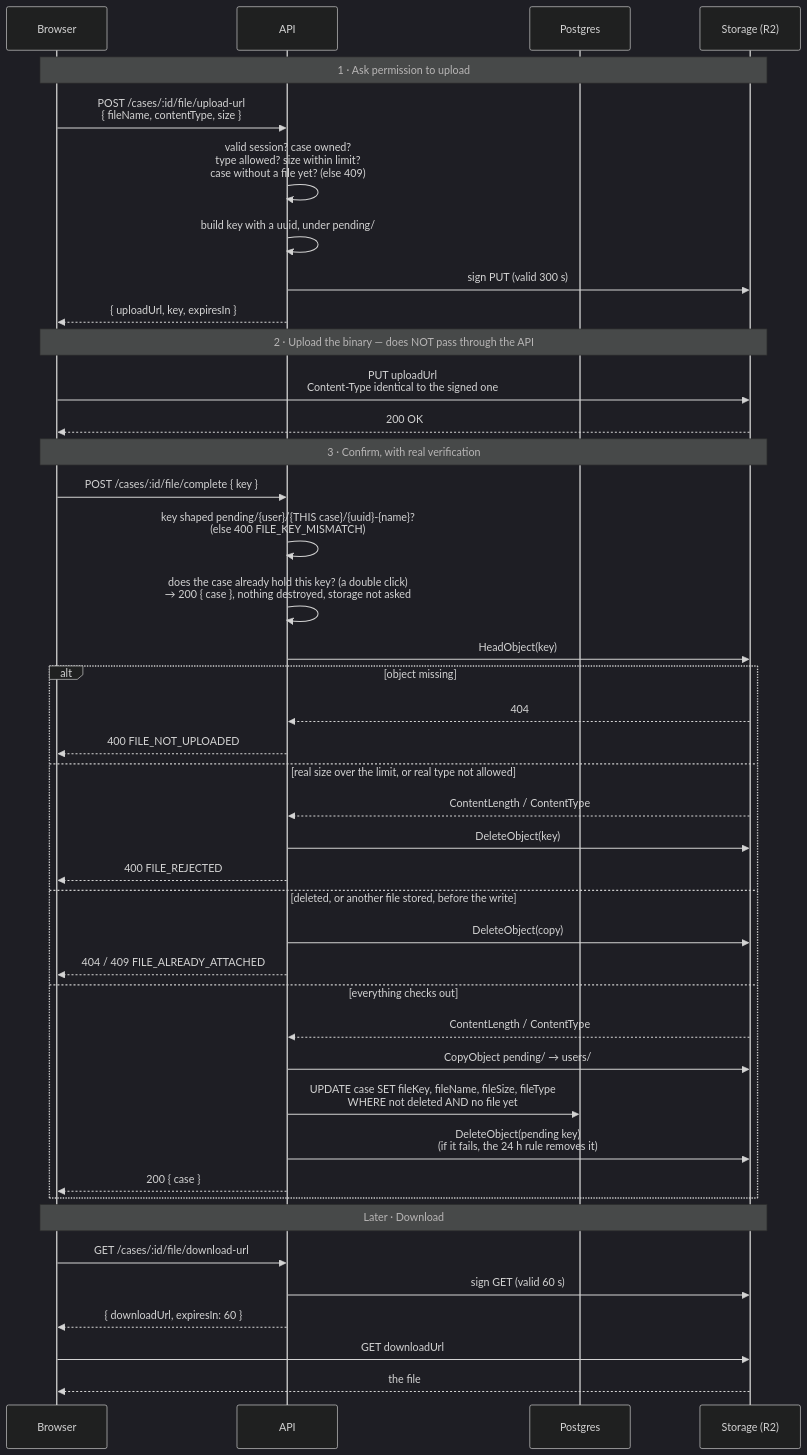
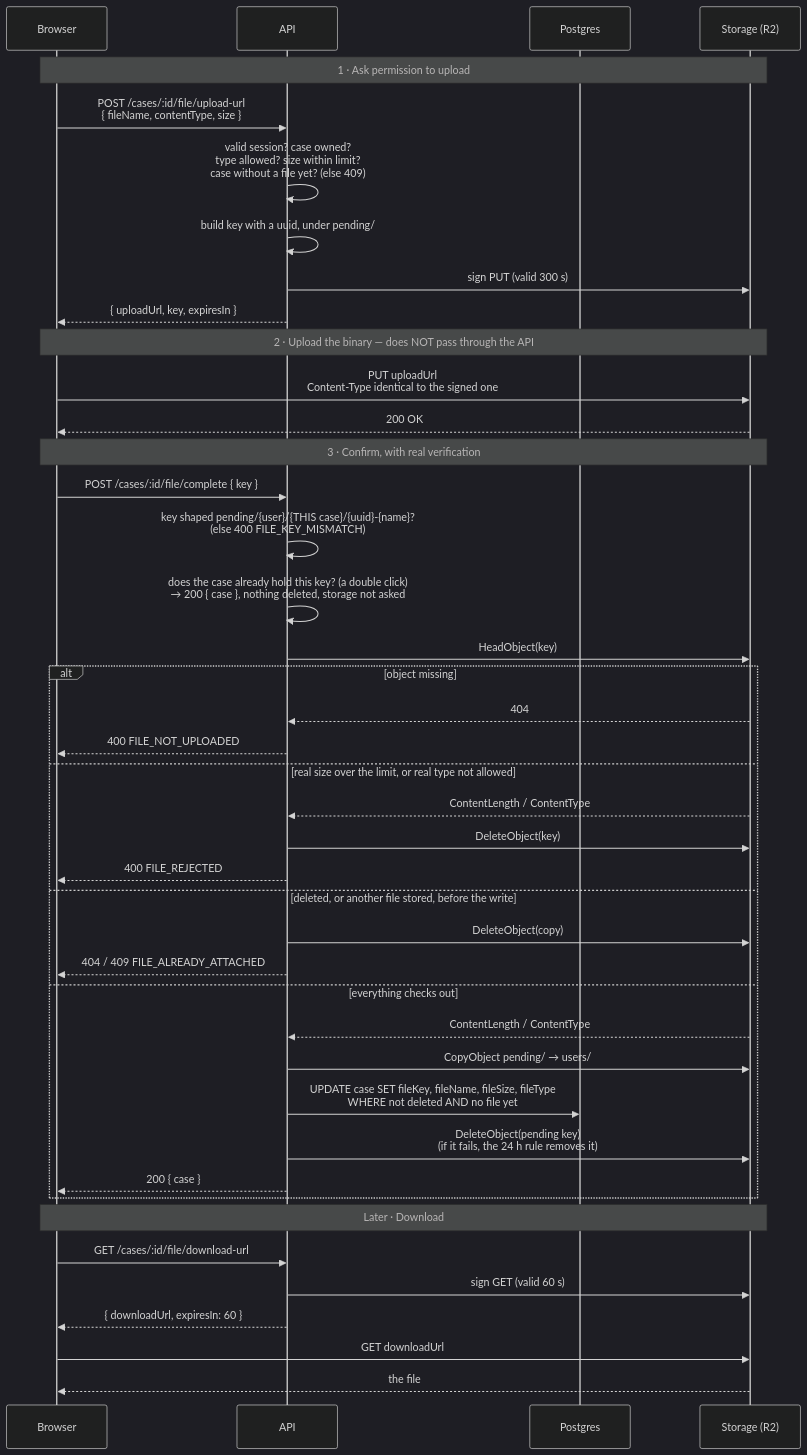
Before and after one commit to VaneeRivass/evidence-manager-api: the third of 3 diagrams in docs/requirements.md, drawn with Mermaid (dark theme). The commit also changed other lines of this file and 8 other files, not shown here.

First line of the commit message:
refactor(files): say "delete from storage" instead of "destroy", and type what checkUploadKey adds

````diff
--- a/docs/requirements.md
+++ b/docs/requirements.md
@@ -295,48 +295,48 @@
 ```mermaid
 sequenceDiagram
     participant B as Browser
     participant A as API
     participant D as Postgres
     participant S as Storage (R2)
 
     Note over B,S: 1 · Ask permission to upload
     B->>A: POST /cases/:id/file/upload-url<br/>{ fileName, contentType, size }
     A->>A: valid session? case owned?<br/>type allowed? size within limit?<br/>case without a file yet? (else 409)
     A->>A: build key with a uuid, under pending/
     A->>S: sign PUT (valid 300 s)
     A-->>B: { uploadUrl, key, expiresIn }
 
     Note over B,S: 2 · Upload the binary — does NOT pass through the API
     B->>S: PUT uploadUrl<br/>Content-Type identical to the signed one
     S-->>B: 200 OK
 
     Note over B,S: 3 · Confirm, with real verification
     B->>A: POST /cases/:id/file/complete { key }
     A->>A: key shaped pending/{user}/{THIS case}/{uuid}-{name}?<br/>(else 400 FILE_KEY_MISMATCH)
-    A->>A: does the case already hold this key? (a double click)<br/>→ 200 { case }, nothing destroyed, storage not asked
+    A->>A: does the case already hold this key? (a double click)<br/>→ 200 { case }, nothing deleted, storage not asked
     A->>S: HeadObject(key)
     alt object missing
         S-->>A: 404
         A-->>B: 400 FILE_NOT_UPLOADED
     else real size over the limit, or real type not allowed
         S-->>A: ContentLength / ContentType
         A->>S: DeleteObject(key)
         A-->>B: 400 FILE_REJECTED
     else deleted, or another file stored, before the write
         A->>S: DeleteObject(copy)
         A-->>B: 404 / 409 FILE_ALREADY_ATTACHED
     else everything checks out
         S-->>A: ContentLength / ContentType
         A->>S: CopyObject pending/ → users/
         A->>D: UPDATE case SET fileKey, fileName, fileSize, fileType<br/>WHERE not deleted AND no file yet
         A->>S: DeleteObject(pending key)<br/>(if it fails, the 24 h rule removes it)
         A-->>B: 200 { case }
     end
 
     Note over B,S: Later · Download
     B->>A: GET /cases/:id/file/download-url
     A->>S: sign GET (valid 60 s)
     A-->>B: { downloadUrl, expiresIn: 60 }
     B->>S: GET downloadUrl
     S-->>B: the file
 ```
````
